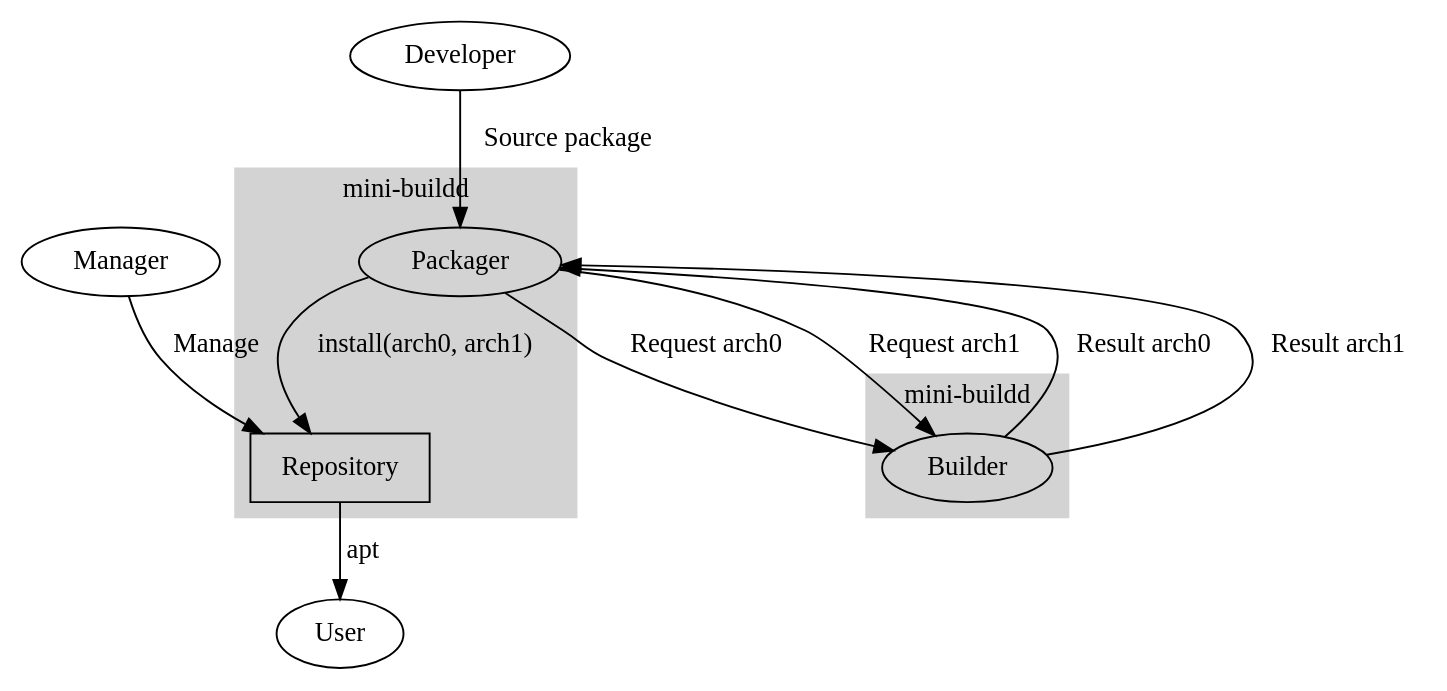
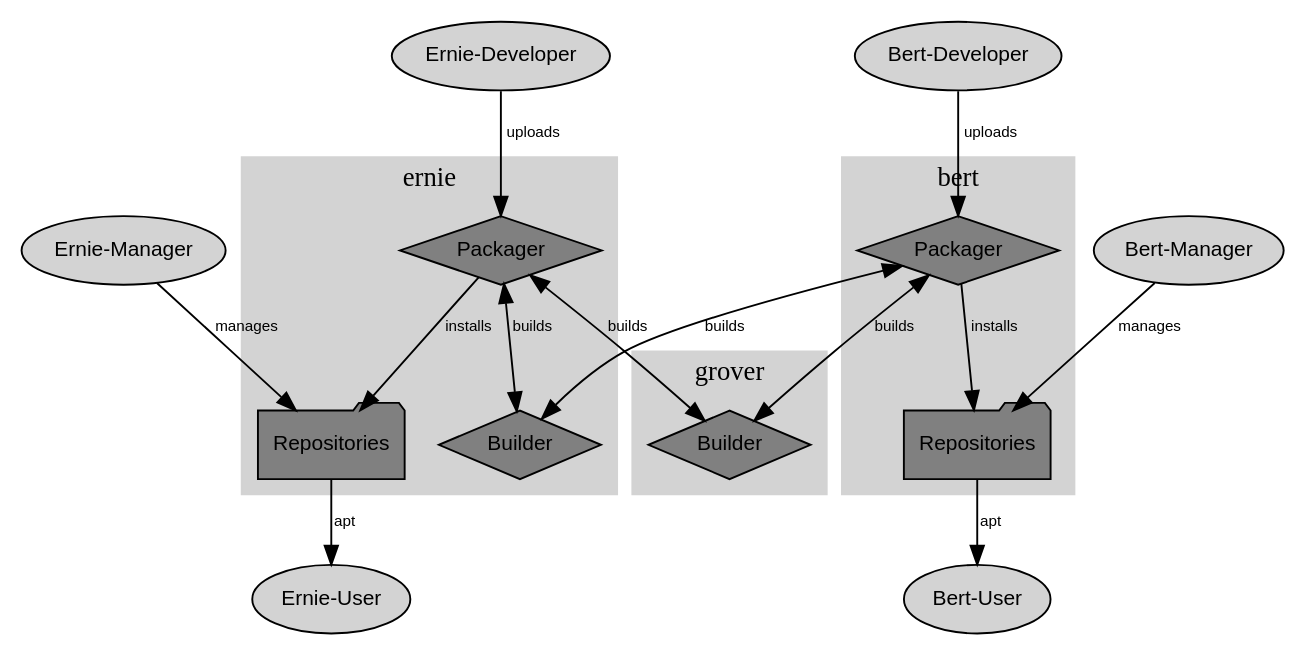
One commit to SwooshyCueb/mini-buildd changed the diagram in doc/introduction.rst. Above: the diagram before and after it, drawn with Graphviz. The commit also changed other lines of this file, not shown here.

```diff
--- a/doc/introduction.rst
+++ b/doc/introduction.rst
@@ -62,29 +66,50 @@
 .. graphviz::
 
 	 digraph flow_simple
 	 {
+		 node [fontname=Arial fontsize=11 shape=diamond style=filled fillcolor=grey];
+		 edge [fontname=Helvetica fontsize=8];
+
 		 subgraph cluster_0
 		 {
 			 style=filled;
 			 color=lightgrey;
-			 label="mini-buildd";
-			 "Packager";
-			 "Repository" [shape=box];
+			 label="ernie";
+			 "Ernie-Packager" [label="Packager"];
+			 "Ernie-Builder" [label="Builder"];
+			 "Ernie-Repositories" [label="Repositories" shape=folder];
 		 }
+		 "Ernie-Developer" [shape=oval fillcolor=lightgrey];
+		 "Ernie-Developer" -> "Ernie-Packager" [label="uploads"];
+		 "Ernie-Packager" -> "Ernie-Repositories" [label="installs"];
+		 "Ernie-Packager" -> {"Ernie-Builder" "Grover-Builder"} [dir=both label="builds"];
+		 "Ernie-Manager" [shape=oval fillcolor=lightgrey];
+		 "Ernie-Manager" -> "Ernie-Repositories" [label="manages"];
+		 "Ernie-User" [shape=oval fillcolor=lightgrey];
+		 "Ernie-Repositories" -> "Ernie-User" [label="apt"];
+
 		 subgraph cluster_1
 		 {
 			 style=filled;
 			 color=lightgrey;
-			 label="mini-buildd";
-			 "Builder";
-			 label = "mini-buildd";
+			 label="grover";
+			 "Grover-Builder" [label="Builder"];
 		 }
-		 "Developer" -> "Packager" [label="Source package"];
-		 "Manager" -> "Repository" [label="Manage"];
-		 "Packager" -> "Builder" [label="Request arch0"];
-		 "Packager" -> "Builder" [label="Request arch1"];
-		 "Builder" -> "Packager" [label="Result arch0"];
-		 "Builder" -> "Packager" [label="Result arch1"];
-		 "Packager" -> "Repository" [label="install(arch0, arch1)"];
-		 "Repository" -> "User" [label="apt"];
+
+		 subgraph cluster_2
+		 {
+			 style=filled;
+			 color=lightgrey;
+			 label="bert";
+			 "Bert-Packager" [label="Packager"];
+			 "Bert-Repositories" [label="Repositories" shape=folder];
+		 }
+		 "Bert-Developer" [shape=oval fillcolor=lightgrey];
+		 "Bert-Developer" -> "Bert-Packager" [label="uploads"];
+		 "Bert-Packager" -> "Bert-Repositories" [label="installs"];
+		 "Bert-Packager" -> {"Ernie-Builder" "Grover-Builder"} [dir=both label="builds"];
+		 "Bert-Manager" [shape=oval fillcolor=lightgrey];
+		 "Bert-Manager" -> "Bert-Repositories" [label="manages"];
+		 "Bert-User" [shape=oval fillcolor=lightgrey];
+		 "Bert-Repositories" -> "Bert-User" [label="apt"];
 	 }
```
